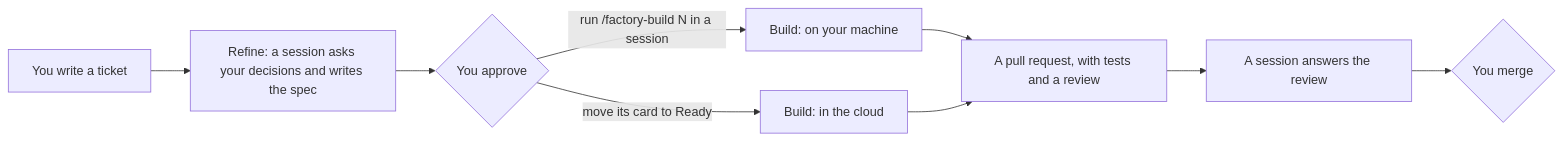
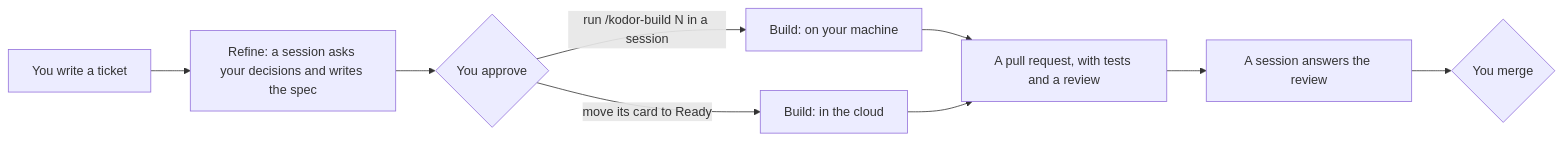
One commit to davidbyoung/software-factory changed the diagram in docs/get-started/how-it-works.md. Above: the diagram before and after it, drawn with Mermaid. The commit also changed other lines of this file and 358 other files, not shown here.

````diff
--- a/docs/get-started/how-it-works.md
+++ b/docs/get-started/how-it-works.md
@@ -9,11 +9,11 @@
 ```mermaid
 flowchart LR
     A[You write a ticket] --> B[Refine: a session asks your decisions and writes the spec]
     B --> C{You approve}
-    C -->|"run /factory-build N in a session"| D[Build: on your machine]
+    C -->|"run /kodor-build N in a session"| D[Build: on your machine]
     C -->|move its card to Ready| E[Build: in the cloud]
     D --> F[A pull request, with tests and a review]
     E --> F
     F --> G[A session answers the review]
     G --> H{You merge}
 ```
````
